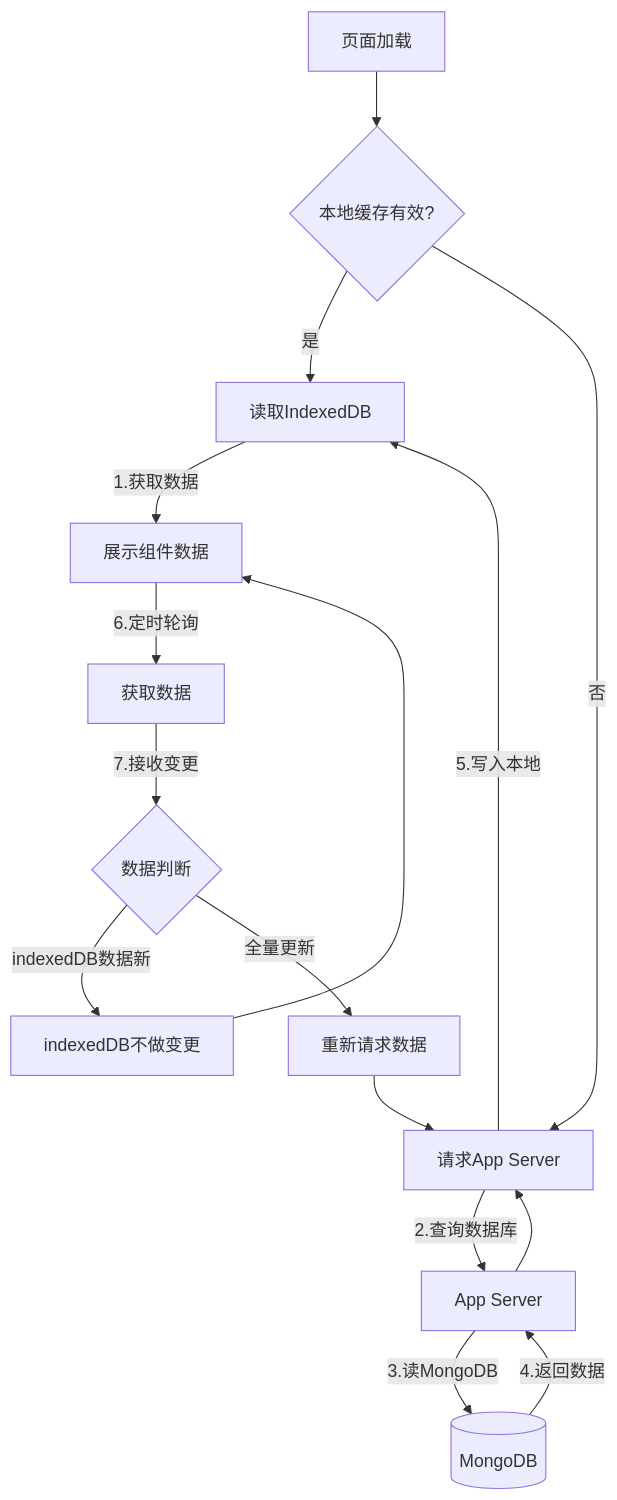
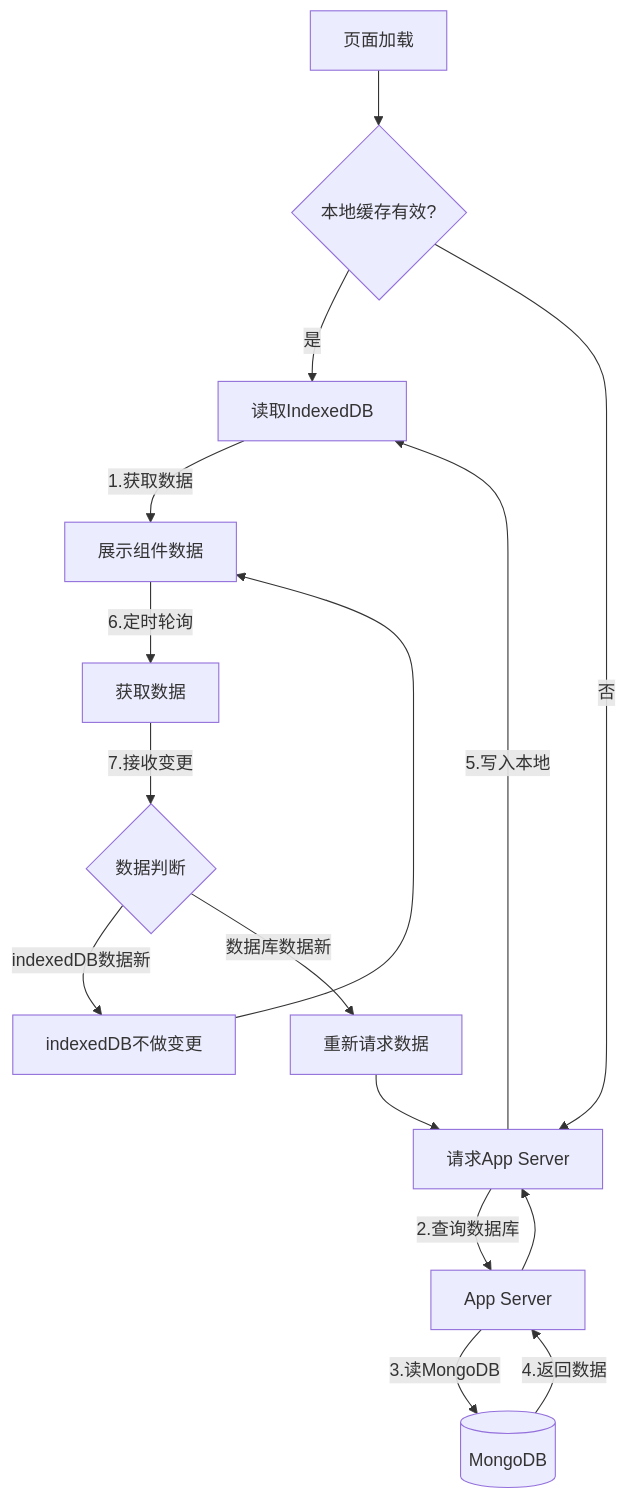
One commit to yingjianzh/iodraw-files changed the diagram in all/未命名-21.md. Above: the diagram before and after it, drawn with Mermaid.

Commit message:
2025-02-18 11:33:53 update

````diff
--- a/all/未命名-21.md
+++ b/all/未命名-21.md
@@ -1,19 +1,19 @@
 ```mermaid
 
 graph TD
     A[页面加载] --> B{本地缓存有效?}
     B -->|是| C[读取IndexedDB]
     B -->|否| D[请求App Server]
     C -->|1.获取数据| E[展示组件数据]
     D -->|2.查询数据库| F[App Server]
     F -->|3.读MongoDB| G[(MongoDB)]
     G -->|4.返回数据| F --> D
     D -->|5.写入本地| C
     E -->|6.定时轮询| H[获取数据]
     H -->|7.接收变更| I{数据判断}
     I -->|indexedDB数据新| J[indexedDB不做变更]
-    I -->|全量更新| K[重新请求数据]
+    I -->|数据库数据新| K[重新请求数据]
     J --> E
     K --> D
 
 ```
````
